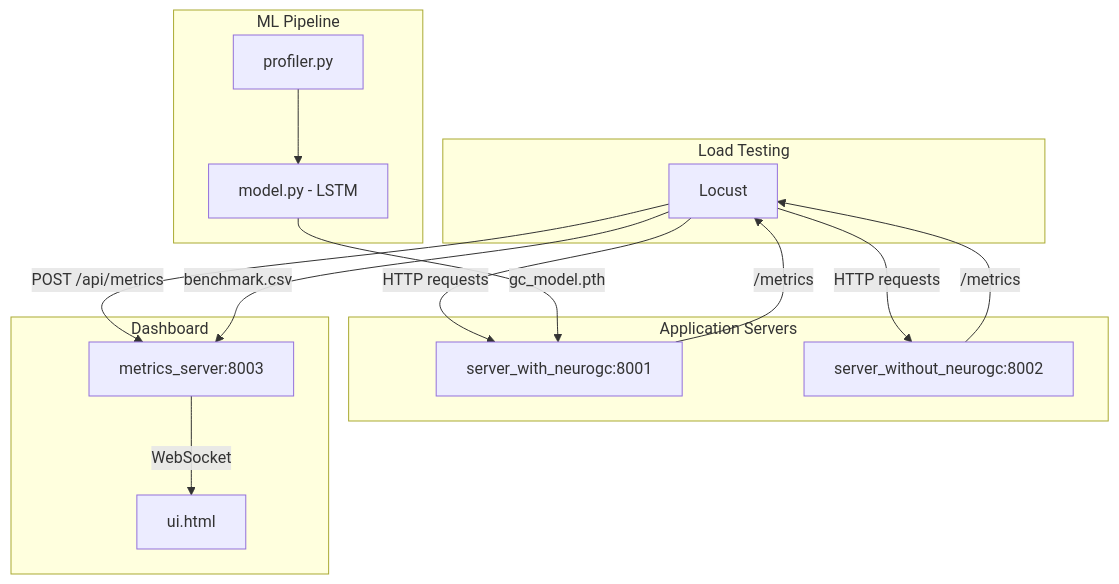
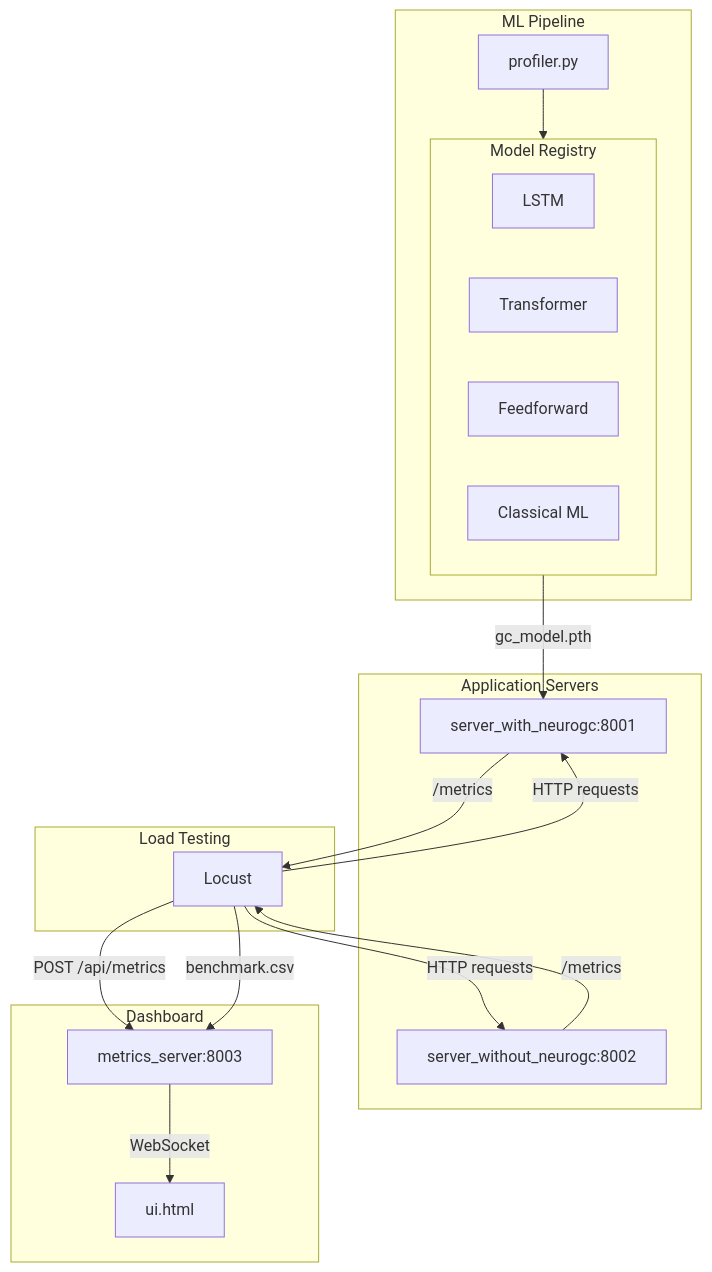
The diagram in README.md (Vishvam10/neurogc), drawn with Mermaid before and after one commit. The commit also changed other lines of this file and 27 other files, not shown here.

````diff
--- a/README.md
+++ b/README.md
@@ -30,31 +34,36 @@
 ```mermaid
 flowchart TB
     subgraph LoadTesting [Load Testing]
         Locust[Locust]
     end
-    
+
     subgraph Servers [Application Servers]
         WithGC[server_with_neurogc:8001]
         WithoutGC[server_without_neurogc:8002]
     end
-    
+
     subgraph ML [ML Pipeline]
+        subgraph Models [Model Registry]
+            LSTM[LSTM]
+            Transformer[Transformer]
+            Feedforward[Feedforward]
+            Classical[Classical ML]
+        end
         Profiler[profiler.py]
-        Model[model.py - LSTM]
     end
-    
+
     subgraph Dashboard [Dashboard]
         MetricsServer[metrics_server:8003]
         UI[ui.html]
     end
-    
+
     Locust -->|HTTP requests| WithGC
     Locust -->|HTTP requests| WithoutGC
     WithGC -->|/metrics| Locust
     WithoutGC -->|/metrics| Locust
     Locust -->|POST /api/metrics| MetricsServer
     Locust -->|benchmark.csv| MetricsServer
     MetricsServer -->|WebSocket| UI
-    Profiler --> Model
-    Model -->|gc_model.pth| WithGC
+    Profiler --> Models
+    Models -->|gc_model.pth| WithGC
 ```
````
